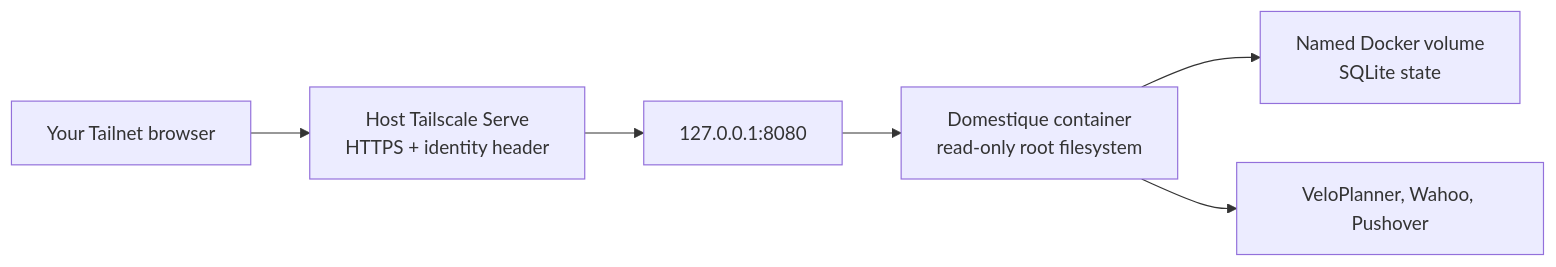
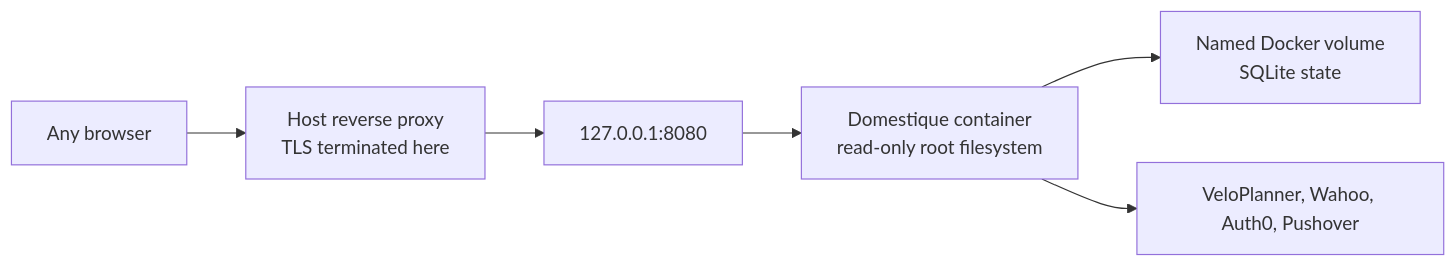
Before and after one commit to nobbs/domestique: the diagram in docs/hetzner.md, drawn with Mermaid. The commit also changed other lines of this file and 69 other files, not shown here.

First line of the commit message:
feat(http)!: replace Cloudflare Access with an in-app Auth0 sign-in (#391)

````diff
--- a/docs/hetzner.md
+++ b/docs/hetzner.md
@@ -16,8 +16,8 @@
 ```mermaid
 flowchart LR
-  browser["Your Tailnet browser"] --> serve["Host Tailscale Serve\nHTTPS + identity header"]
-  serve --> loopback["127.0.0.1:8080"]
+  browser["Any browser"] --> proxy["Host reverse proxy\nTLS terminated here"]
+  proxy --> loopback["127.0.0.1:8080"]
   loopback --> app["Domestique container\nread-only root filesystem"]
   app --> state["Named Docker volume\nSQLite state"]
-  app --> providers["VeloPlanner, Wahoo, Pushover"]
+  app --> providers["VeloPlanner, Wahoo, Auth0, Pushover"]
 ```
````
